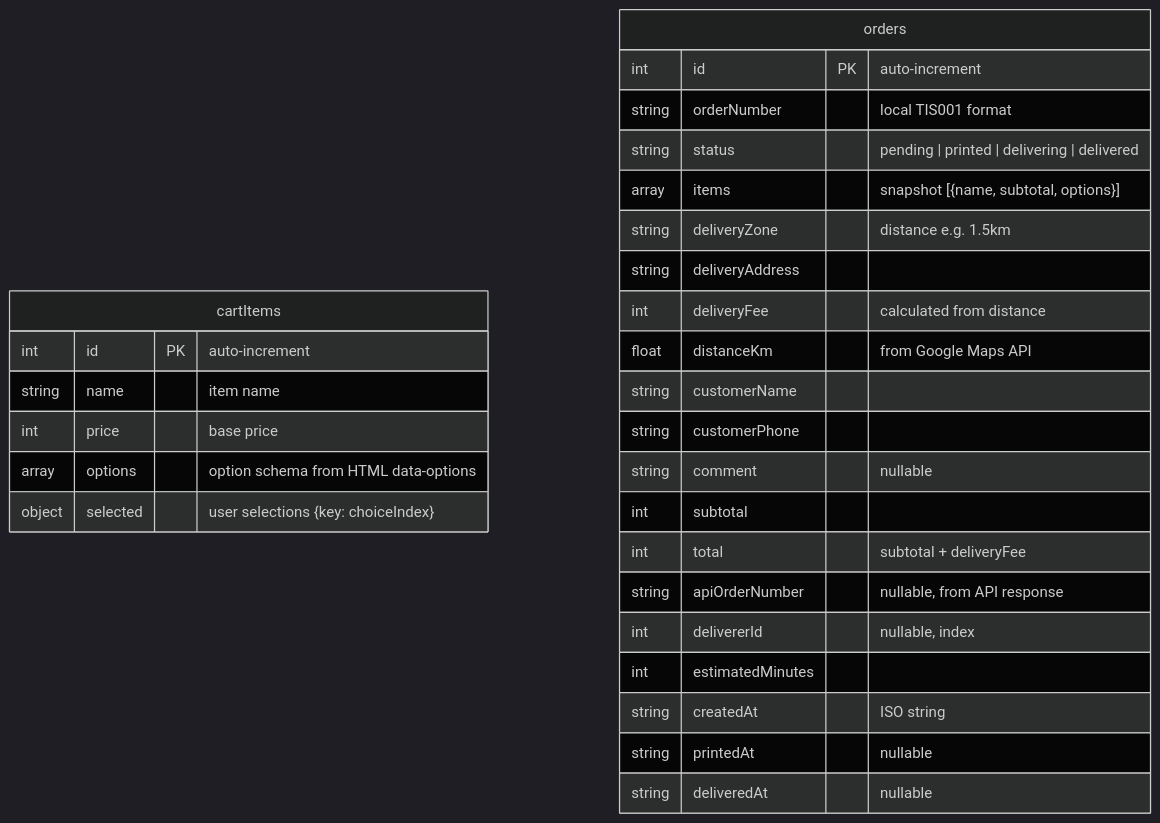
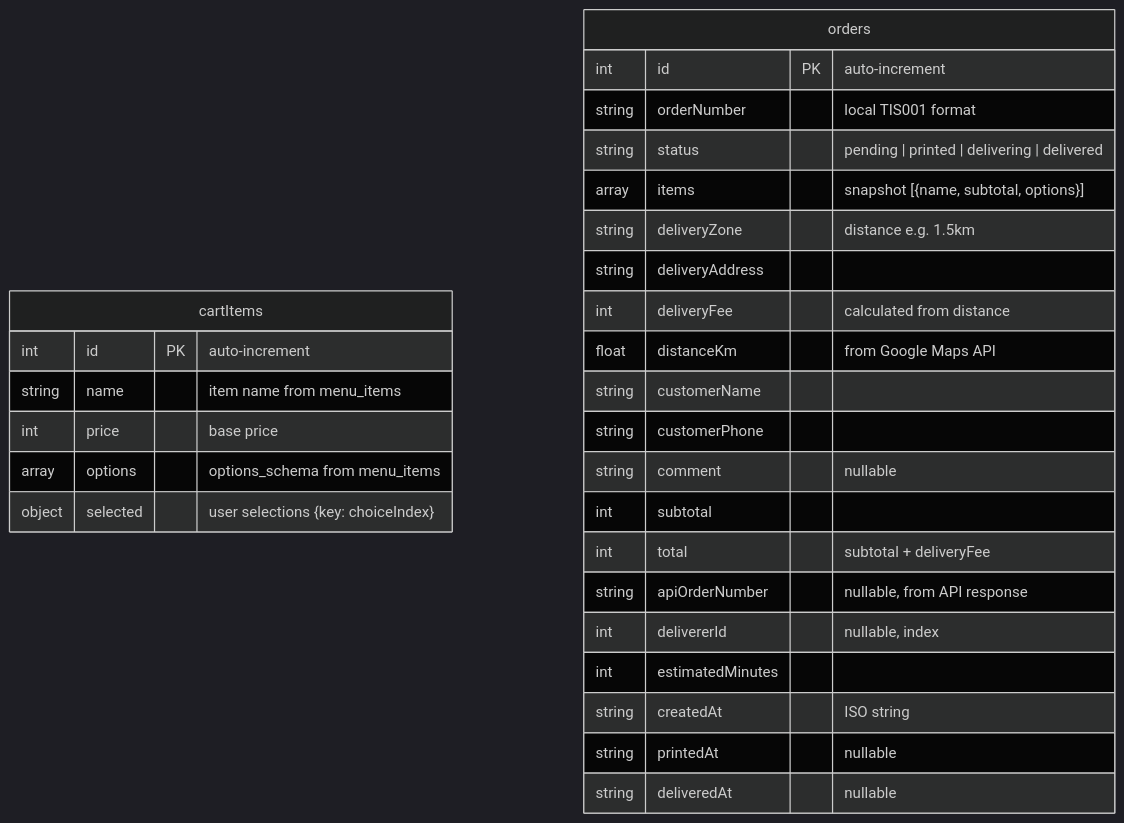
The second of 4 diagrams in frontend/pages/restaurant/ERD.md (HKPooPoo/My_CLI_Re), drawn with Mermaid (dark theme) before and after one commit. The commit also changed other lines of this file, not shown here.

First line of the commit message:
Update ERD: menu_items as active dynamic menu system

````diff
--- a/frontend/pages/restaurant/ERD.md
+++ b/frontend/pages/restaurant/ERD.md
@@ -107,32 +138,32 @@
 ```mermaid
 erDiagram
     cartItems {
         int id PK "auto-increment"
-        string name "item name"
+        string name "item name from menu_items"
         int price "base price"
-        array options "option schema from HTML data-options"
+        array options "options_schema from menu_items"
         object selected "user selections {key: choiceIndex}"
     }
 
     orders {
         int id PK "auto-increment"
         string orderNumber "local TIS001 format"
         string status "pending | printed | delivering | delivered"
         array items "snapshot [{name, subtotal, options}]"
         string deliveryZone "distance e.g. 1.5km"
         string deliveryAddress
         int deliveryFee "calculated from distance"
         float distanceKm "from Google Maps API"
         string customerName
         string customerPhone
         string comment "nullable"
         int subtotal
         int total "subtotal + deliveryFee"
         string apiOrderNumber "nullable, from API response"
         int delivererId "nullable, index"
         int estimatedMinutes
         string createdAt "ISO string"
         string printedAt "nullable"
         string deliveredAt "nullable"
     }
 ```
````
